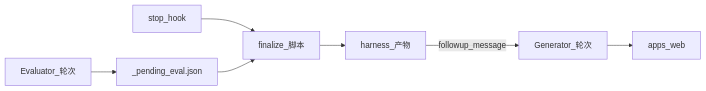
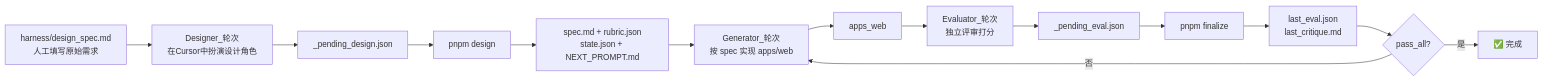
The diagram in README.md (yy9331/harness-demo), drawn with Mermaid before and after one commit. The commit also changed other lines of this file, not shown here.

````diff
--- a/README.md
+++ b/README.md
@@ -45,16 +55,16 @@
 ```mermaid
 flowchart LR
-  Gen[Generator_轮次]
-  Web[apps_web]
-  Eval[Evaluator_轮次]
-  Pending["_pending_eval.json"]
-  Fin[finalize_脚本]
-  Files[harness_产物]
-  Stop[stop_hook]
-  Gen --> Web
-  Eval --> Pending
-  Stop --> Fin
-  Pending --> Fin
-  Fin --> Files
-  Files -->|"followup_message"| Gen
+  A[harness/design_spec.md<br/>人工填写原始需求] --> D[Designer_轮次<br/>在Cursor中扮演设计角色]
+  D --> PendingD[_pending_design.json]
+  PendingD --> Des[pnpm design]
+  Des --> Spec[spec.md + rubric.json<br/>state.json + NEXT_PROMPT.md]
+  Spec --> G[Generator_轮次<br/>按 spec 实现 apps/web]
+  G --> Web[apps_web]
+  Web --> E[Evaluator_轮次<br/>独立评审打分]
+  E --> PendingE[_pending_eval.json]
+  PendingE --> Fin[pnpm finalize]
+  Fin --> Files[last_eval.json<br/>last_critique.md]
+  Files --> pass{pass_all?}
+  pass -->|否| G
+  pass -->|是| Done[✅ 完成]
 ```
````
